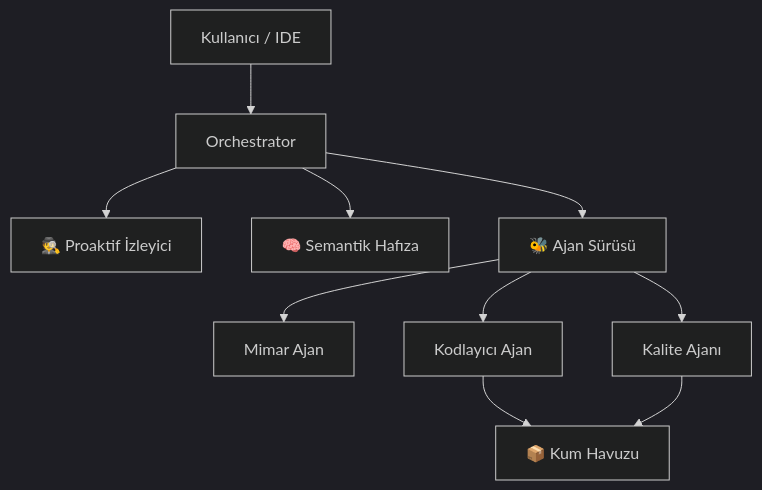
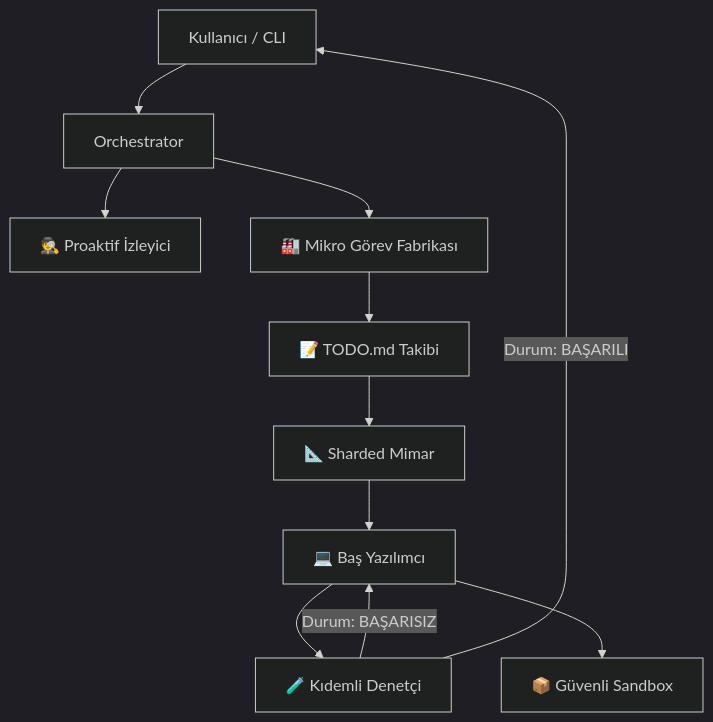
Before and after one commit to yasinozdgnn/deep-thinker: the diagram in README.tr.md, drawn with Mermaid (dark theme). The commit also changed other lines of this file and 20 other files, not shown here.

Commit message:
feat: implement core swarm agent architecture, task orchestration, and robust JSON parsing utilities

````diff
--- a/README.tr.md
+++ b/README.tr.md
@@ -113,14 +102,17 @@
 ```mermaid
 graph TD
-    User[Kullanıcı / IDE] --> Orchestrator
+    User[Kullanıcı / CLI] --> Orchestrator
     Orchestrator --> Watcher[🕵️ Proaktif İzleyici]
-    Orchestrator --> Memory[🧠 Semantik Hafıza]
-
-    Orchestrator --> Swarm[🐝 Ajan Sürüsü]
-    Swarm --> Architect[Mimar Ajan]
-    Swarm --> Coder[Kodlayıcı Ajan]
-    Swarm --> QA[Kalite Ajanı]
-
-    Coder --> Sandbox[📦 Kum Havuzu]
-    QA --> Sandbox
+    Orchestrator --> Factory[🏭 Mikro Görev Fabrikası]
+    
+    Factory --> TODO[📝 TODO.md Takibi]
+    TODO --> Architect[📐 Sharded Mimar]
+    
+    Architect --> Coder[💻 Baş Yazılımcı]
+    Coder --> QA[🧪 Kıdemli Denetçi]
+    
+    QA -- "Durum: BAŞARISIZ" --> Coder
+    QA -- "Durum: BAŞARILI" --> User
+    
+    Coder --> Sandbox[📦 Güvenli Sandbox]
 ```
````
